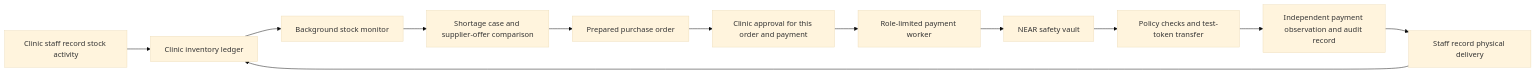
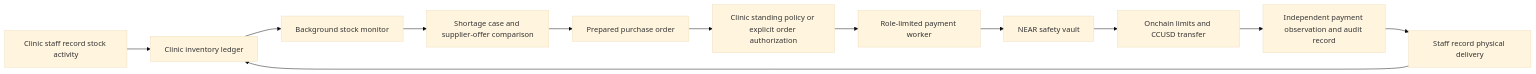
One commit to 0xNana/carecart changed the diagram in README.md. Above: the diagram before and after it, drawn with Mermaid (base theme). The commit also changed other lines of this file and 7 other files, not shown here.

Commit message:
docs: document verified automatic payment and financial authority limits

````diff
--- a/README.md
+++ b/README.md
@@ -34,14 +34,14 @@
 ```mermaid
 flowchart LR
   A[Clinic staff record stock activity] --> B[Clinic inventory ledger]
   B --> C[Background stock monitor]
   C --> D[Shortage case and supplier-offer comparison]
   D --> E[Prepared purchase order]
-  E --> F[Clinic approval for this order and payment]
+  E --> F[Clinic standing policy or explicit order authorization]
   F --> G[Role-limited payment worker]
   G --> H[NEAR safety vault]
-  H --> I[Policy checks and test-token transfer]
+  H --> I[Onchain limits and CCUSD transfer]
   I --> J[Independent payment observation and audit record]
   J --> K[Staff record physical delivery]
   K --> B
 ```
````
